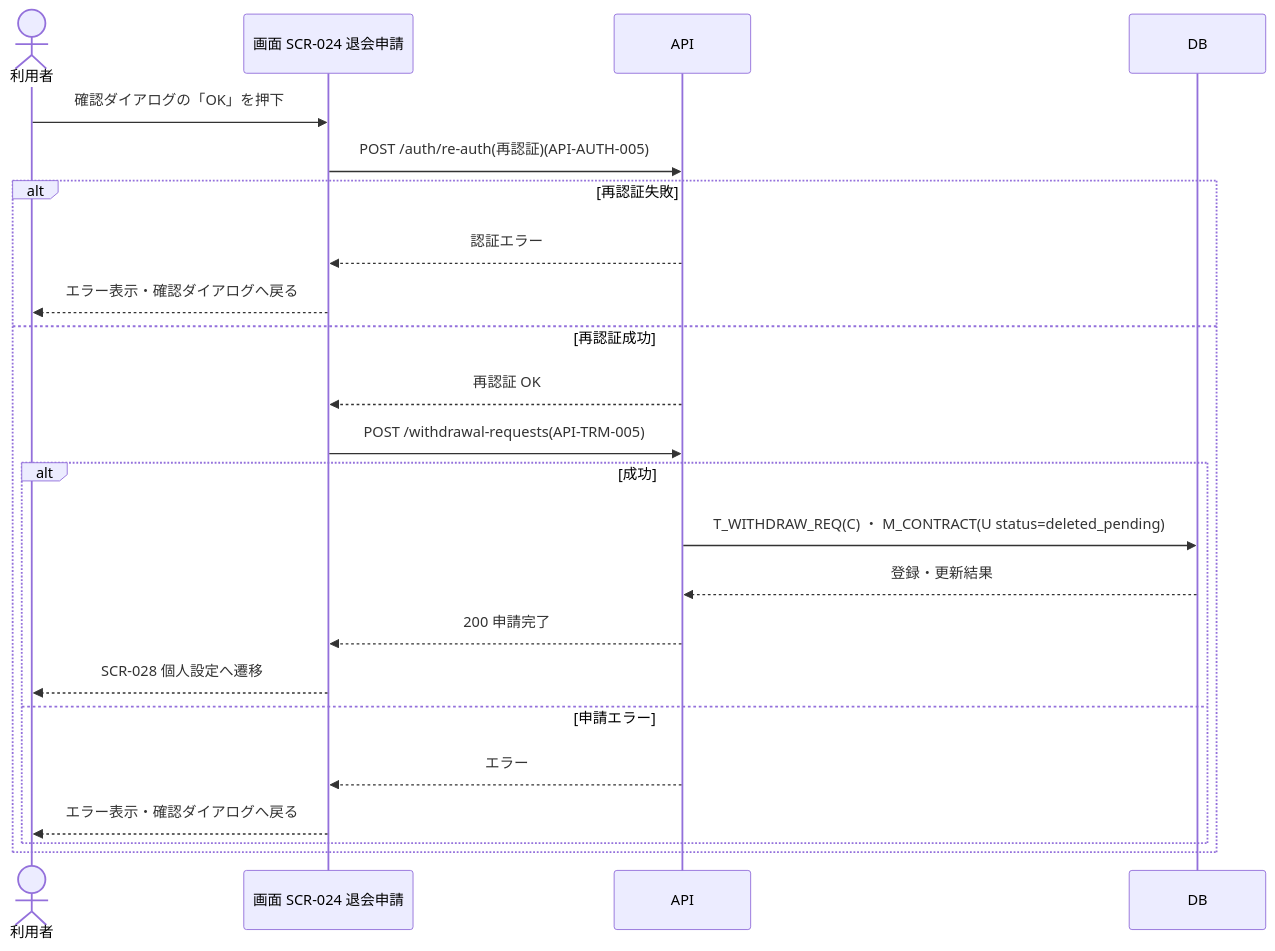
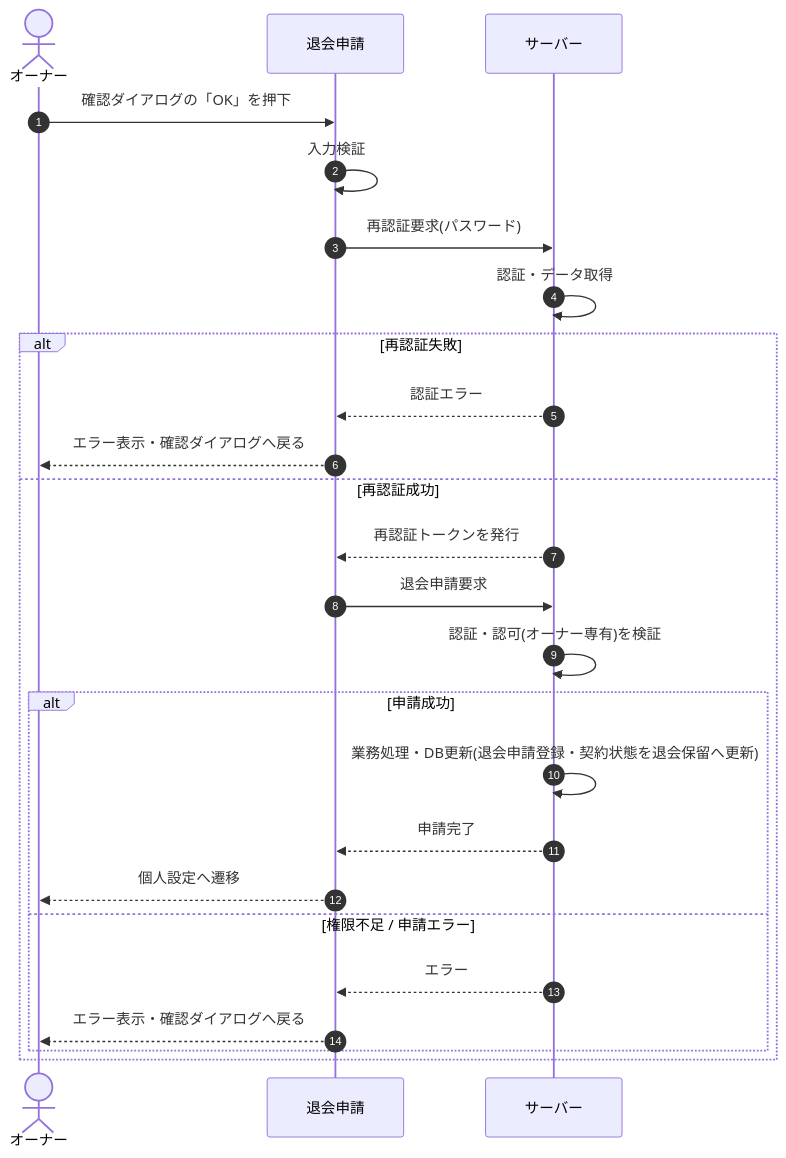
Before and after one commit to sikakou54/open-faq: the diagram in 02_basic_design/05_sequences/SEQ-066.md, drawn with Mermaid. The commit also changed other lines of this file and 108 other files, not shown here.

First line of the commit message:
基本設計: シーケンス図を基本設計粒度(ユーザー/画面/サーバー)へ再編成

````diff
--- a/02_basic_design/05_sequences/SEQ-066.md
+++ b/02_basic_design/05_sequences/SEQ-066.md
@@ -25,25 +32,27 @@
 ```mermaid
 sequenceDiagram
-  actor U as 利用者
-  participant S as 画面 SCR-024 退会申請
-  participant API as API
-  participant DB as DB
-  U->>S: 確認ダイアログの「OK」を押下
-  S->>API: POST /auth/re-auth(再認証)(API-AUTH-005)
+  autonumber
+  actor U as オーナー
+  participant Screen as 退会申請
+  participant Server as サーバー
+  U->>Screen: 確認ダイアログの「OK」を押下
+  Screen->>Screen: 入力検証
+  Screen->>Server: 再認証要求(パスワード)
+  Server->>Server: 認証・データ取得
   alt 再認証失敗
-    API-->>S: 認証エラー
-    S-->>U: エラー表示・確認ダイアログへ戻る
+    Server-->>Screen: 認証エラー
+    Screen-->>U: エラー表示・確認ダイアログへ戻る
   else 再認証成功
-    API-->>S: 再認証 OK
-    S->>API: POST /withdrawal-requests(API-TRM-005)
-    alt 成功
-      API->>DB: T_WITHDRAW_REQ(C) ・ M_CONTRACT(U status=deleted_pending)
-      DB-->>API: 登録・更新結果
-      API-->>S: 200 申請完了
-      S-->>U: SCR-028 個人設定へ遷移
-    else 申請エラー
-      API-->>S: エラー
-      S-->>U: エラー表示・確認ダイアログへ戻る
+    Server-->>Screen: 再認証トークンを発行
+    Screen->>Server: 退会申請要求
+    Server->>Server: 認証・認可(オーナー専有)を検証
+    alt 申請成功
+      Server->>Server: 業務処理・DB更新(退会申請登録・契約状態を退会保留へ更新)
+      Server-->>Screen: 申請完了
+      Screen-->>U: 個人設定へ遷移
+    else 権限不足 / 申請エラー
+      Server-->>Screen: エラー
+      Screen-->>U: エラー表示・確認ダイアログへ戻る
     end
   end
 ```
````
